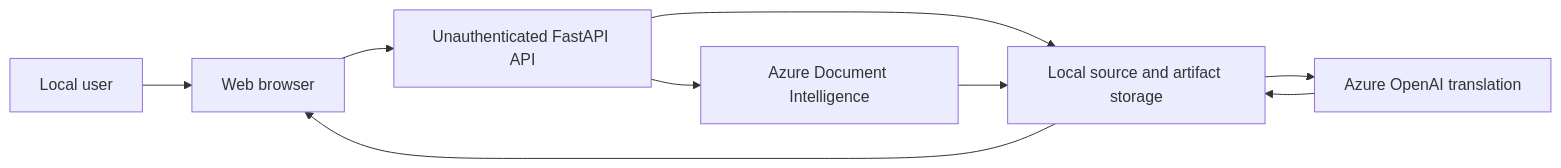
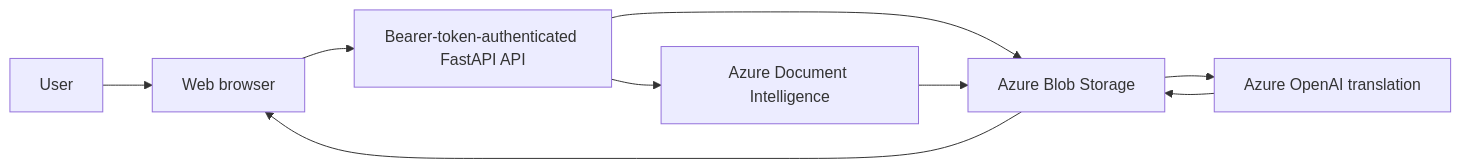
The second of 3 diagrams in docs/DATA-SECURITY.md (Vishwas2311/document-extractor-translator-), drawn with Mermaid before and after one commit. The commit also changed other lines of this file and 10 other files, not shown here.

````diff
--- a/docs/DATA-SECURITY.md
+++ b/docs/DATA-SECURITY.md
@@ -445,11 +446,11 @@
 ```mermaid
 flowchart LR
-    User["Local user"] --> Browser["Web browser"]
-    Browser --> API["Unauthenticated FastAPI API"]
-    API --> Disk["Local source and artifact storage"]
+    User["User"] --> Browser["Web browser"]
+    Browser --> API["Bearer-token-authenticated FastAPI API"]
+    API --> Disk["Azure Blob Storage"]
     API --> DI["Azure Document Intelligence"]
     DI --> Disk
     Disk --> AOAI["Azure OpenAI translation"]
     AOAI --> Disk
     Disk --> Browser
 ```
````
